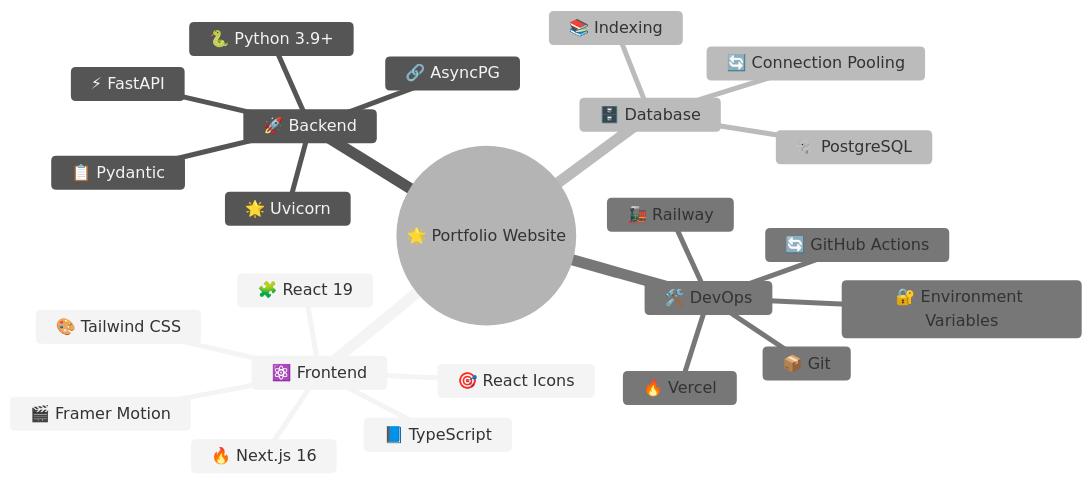
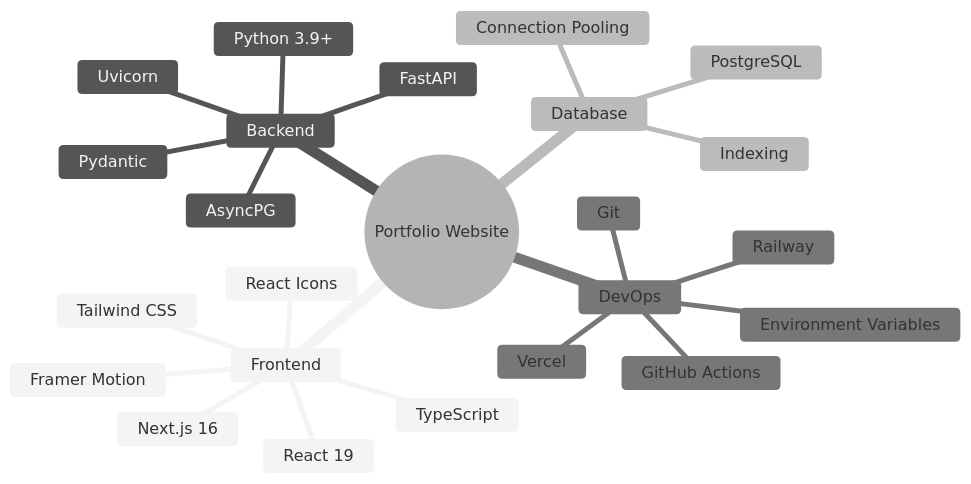
One commit to merma1509/Portfolio-Website changed the fifth of 5 diagrams in README.md. Above: the diagram before and after it, drawn with Mermaid (neutral theme). The commit also changed other lines of this file, not shown here.

Commit message:
Remove emojis from Mermaid diagrams for cleaner professional appearance

````diff
--- a/README.md
+++ b/README.md
@@ -291,27 +291,27 @@
 ```mermaid
 mindmap
-  root((🌟 Portfolio Website))
-    ⚛️ Frontend
-      🔥 Next.js 16
-      🧩 React 19
-      📘 TypeScript
-      🎨 Tailwind CSS
-      🎬 Framer Motion
-      🎯 React Icons
-    🚀 Backend
-      ⚡ FastAPI
-      🐍 Python 3.9+
-      🌟 Uvicorn
-      📋 Pydantic
-      🔗 AsyncPG
-    🗄️ Database
-      🐘 PostgreSQL
-      🔄 Connection Pooling
-      📚 Indexing
-    🛠️ DevOps
-      📦 Git
-      🔥 Vercel
-      🚂 Railway
-      🔄 GitHub Actions
-      🔐 Environment Variables
+  root((Portfolio Website))
+    Frontend
+      Next.js 16
+      React 19
+      TypeScript
+      Tailwind CSS
+      Framer Motion
+      React Icons
+    Backend
+      FastAPI
+      Python 3.9+
+      Uvicorn
+      Pydantic
+      AsyncPG
+    Database
+      PostgreSQL
+      Connection Pooling
+      Indexing
+    DevOps
+      Git
+      Vercel
+      Railway
+      GitHub Actions
+      Environment Variables
 ```
````
